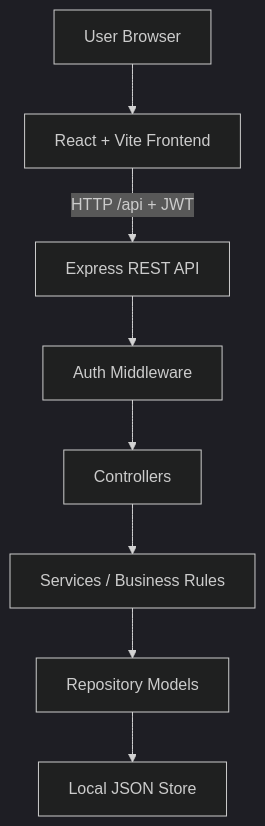
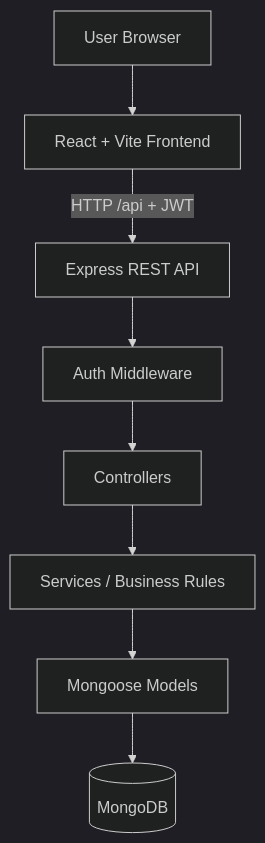
One commit to datphan3201/room-rental-management-software changed the second of 21 diagrams in docs/SYSTEM_REPORT.md. Above: the diagram before and after it, drawn with Mermaid (dark theme). The commit also changed other lines of this file and 33 other files, not shown here.

````diff
--- a/docs/SYSTEM_REPORT.md
+++ b/docs/SYSTEM_REPORT.md
@@ -296,19 +296,19 @@
 ```mermaid
 flowchart TB
   User[User Browser]
   Frontend[React + Vite Frontend]
   Api[Express REST API]
   Auth[Auth Middleware]
   Controllers[Controllers]
   Services[Services / Business Rules]
-  Models[Repository Models]
-  Store[Local JSON Store]
+  Models[Mongoose Models]
+  Store[(MongoDB)]
 
   User --> Frontend
   Frontend -->|HTTP /api + JWT| Api
   Api --> Auth
   Auth --> Controllers
   Controllers --> Services
   Services --> Models
   Models --> Store
 ```
````
